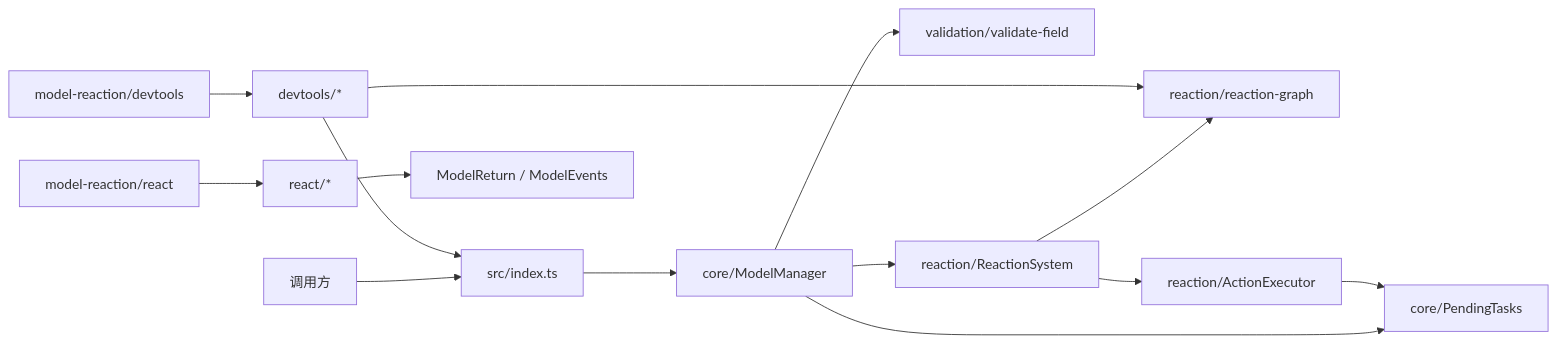
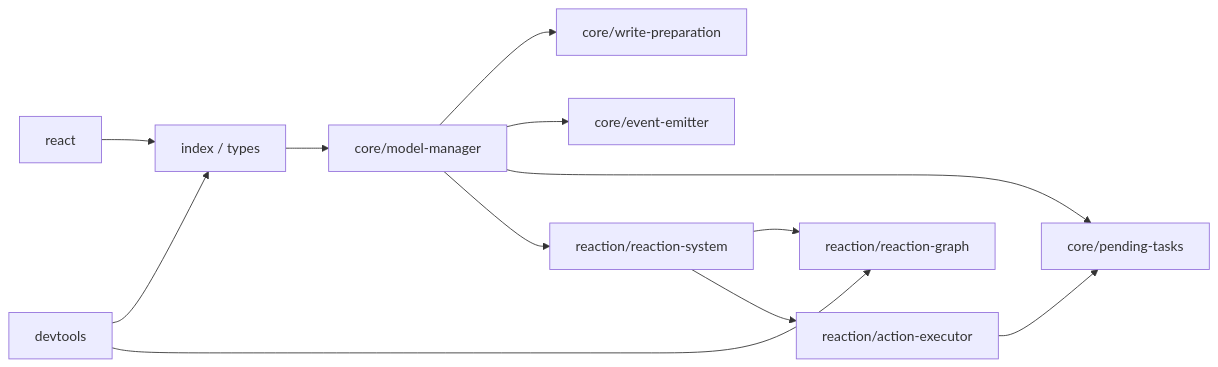
Before and after one commit to EdwardZZZ/model-reaction: the diagram in packages/model-reaction/docs/ARCHITECTURE_CN.md, drawn with Mermaid. The commit also changed other lines of this file and 108 other files, not shown here.

````diff
--- a/packages/model-reaction/docs/ARCHITECTURE_CN.md
+++ b/packages/model-reaction/docs/ARCHITECTURE_CN.md
@@ -10,16 +10,14 @@
 ```mermaid
 flowchart LR
-    Consumer[调用方] --> Entry[src/index.ts]
-    Entry --> Manager[core/ModelManager]
-    Manager --> Validation[validation/validate-field]
-    Manager --> Reaction[reaction/ReactionSystem]
-    Manager --> Tasks[core/PendingTasks]
-    Reaction --> Graph[reaction/reaction-graph]
-    Reaction --> Actions[reaction/ActionExecutor]
+    API["index / types"] --> Manager["core/model-manager"]
+    Manager --> Prepare["core/write-preparation"]
+    Manager --> Events["core/event-emitter"]
+    Manager --> Tasks["core/pending-tasks"]
+    Manager --> Reaction["reaction/reaction-system"]
+    Reaction --> Graph["reaction/reaction-graph"]
+    Reaction --> Actions["reaction/action-executor"]
     Actions --> Tasks
-    ReactEntry[model-reaction/react] --> ReactAdapter[react/*]
-    ReactAdapter --> PublicModel[ModelReturn / ModelEvents]
-    DevEntry[model-reaction/devtools] --> DevAdapter[devtools/*]
-    DevAdapter --> Entry
-    DevAdapter --> Graph
+    React["react"] --> API
+    Devtools["devtools"] --> API
+    Devtools --> Graph
 ```
````
